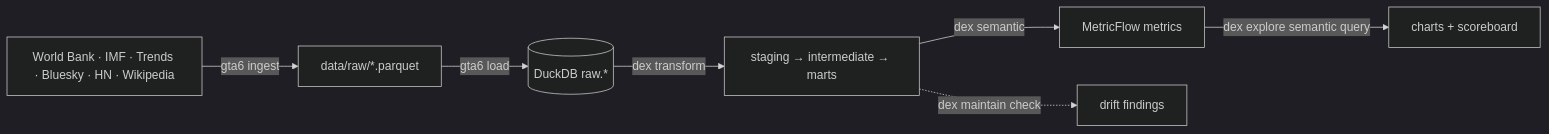
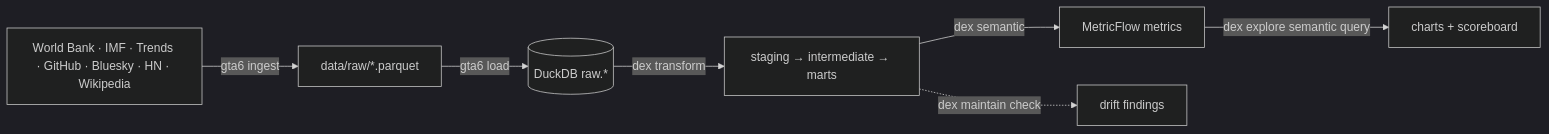
The diagram in README.md (exmergo/gta6-productivity-impact), drawn with Mermaid (dark theme) before and after one commit. The commit also changed other lines of this file and 235 other files, not shown here.

First line of the commit message:
Metric 4: did GitHub go quiet on GTA 6 release day? (#4)

````diff
--- a/README.md
+++ b/README.md
@@ -186,9 +186,9 @@
 ```mermaid
 flowchart LR
-  A[World Bank · IMF · Trends · Bluesky · HN · Wikipedia] -->|gta6 ingest| B[data/raw/*.parquet]
+  A[World Bank · IMF · Trends · GitHub · Bluesky · HN · Wikipedia] -->|gta6 ingest| B[data/raw/*.parquet]
   B -->|gta6 load| C[(DuckDB raw.*)]
   C -->|dex transform| D[staging → intermediate → marts]
   D -->|dex semantic| E[MetricFlow metrics]
   E -->|dex explore semantic query| F[charts + scoreboard]
   D -.->|dex maintain check| G[drift findings]
 ```
````
